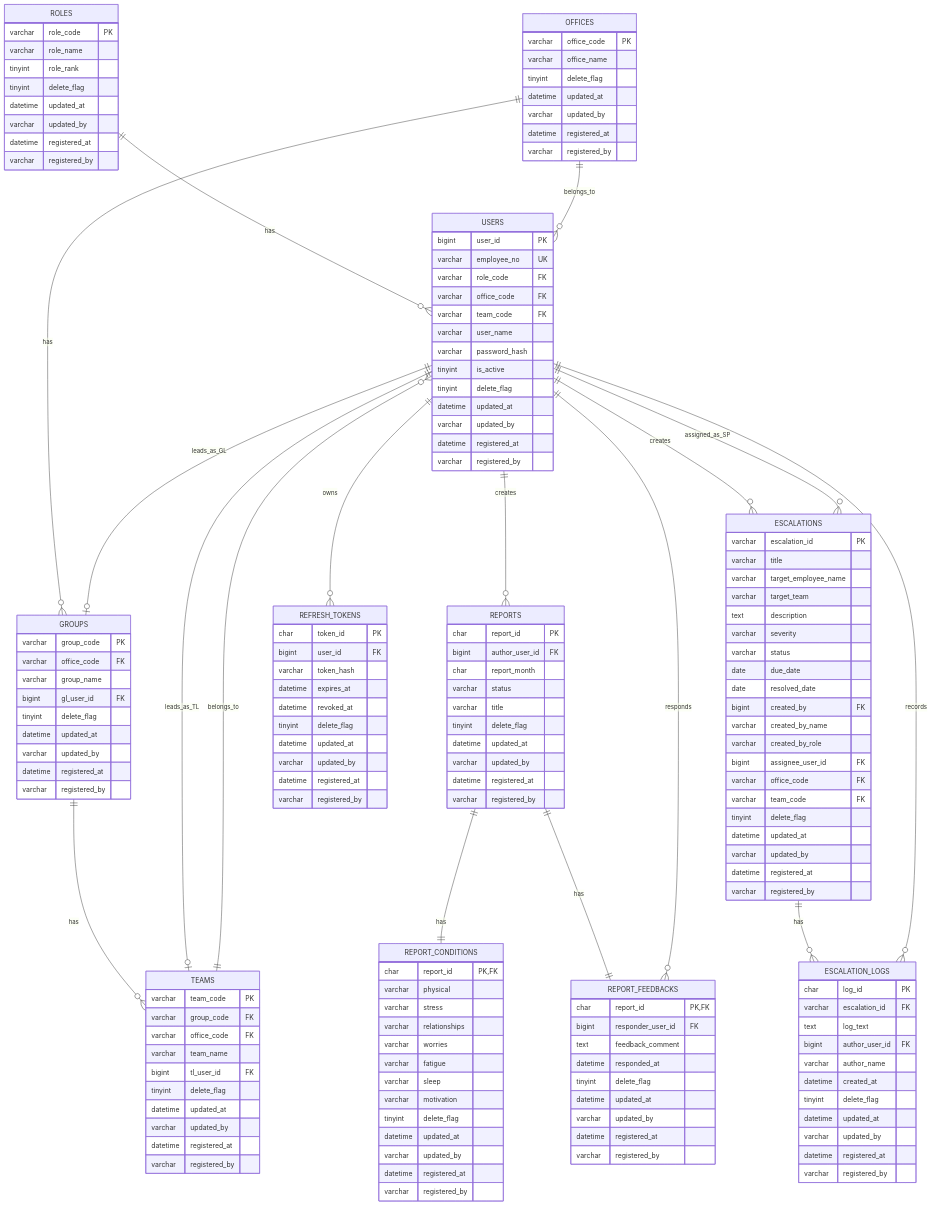
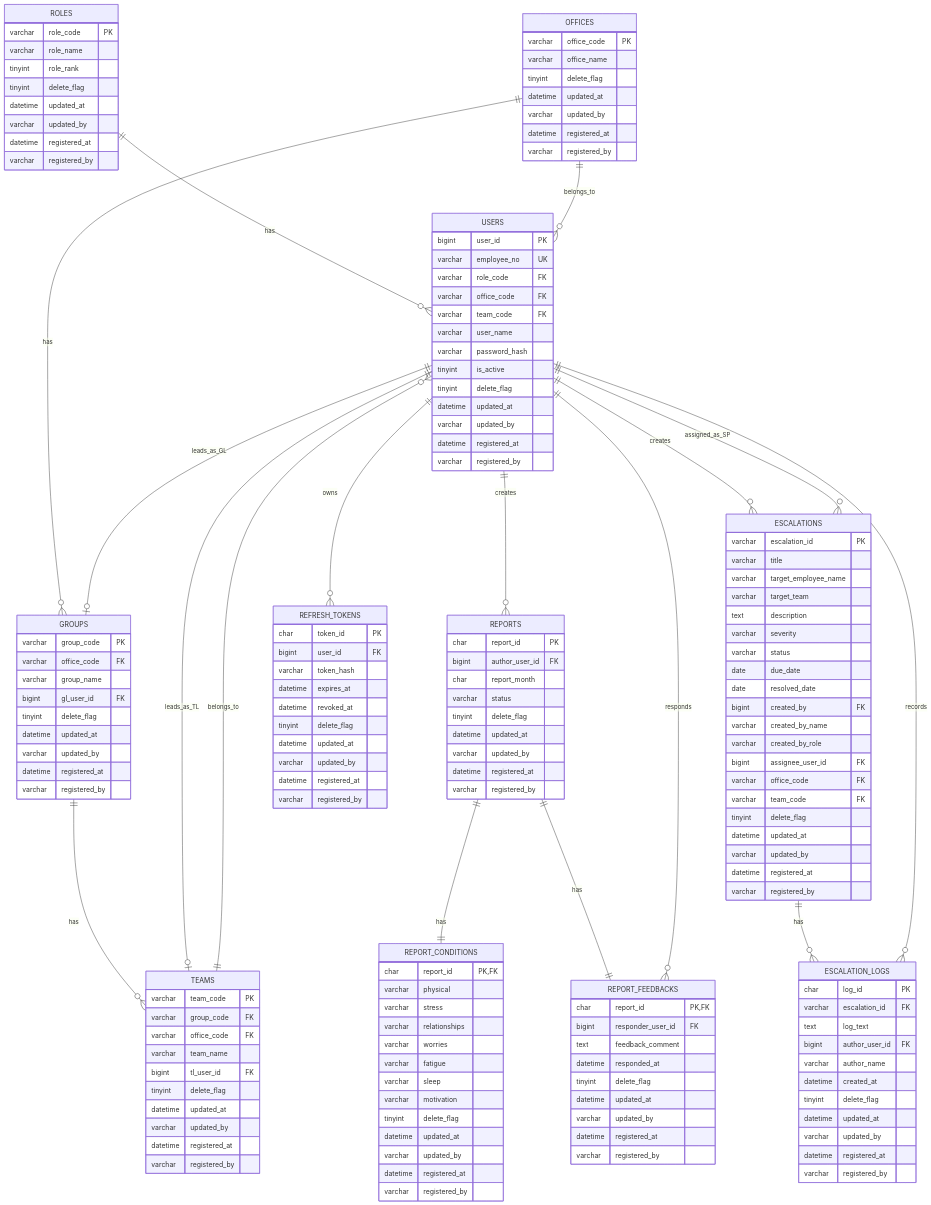
One commit to iincho223/MonthlyReport changed the diagram in doc/システム要件定義/DB設計.md. Above: the diagram before and after it, drawn with Mermaid. The commit also changed other lines of this file and 24 other files, not shown here.

```diff
--- a/doc/システム要件定義/DB設計.md
+++ b/doc/システム要件定義/DB設計.md
@@ -146,7 +146,6 @@
     bigint author_user_id FK
     char report_month
     varchar status
-    varchar title
     tinyint delete_flag
     datetime updated_at
     varchar updated_by
```
